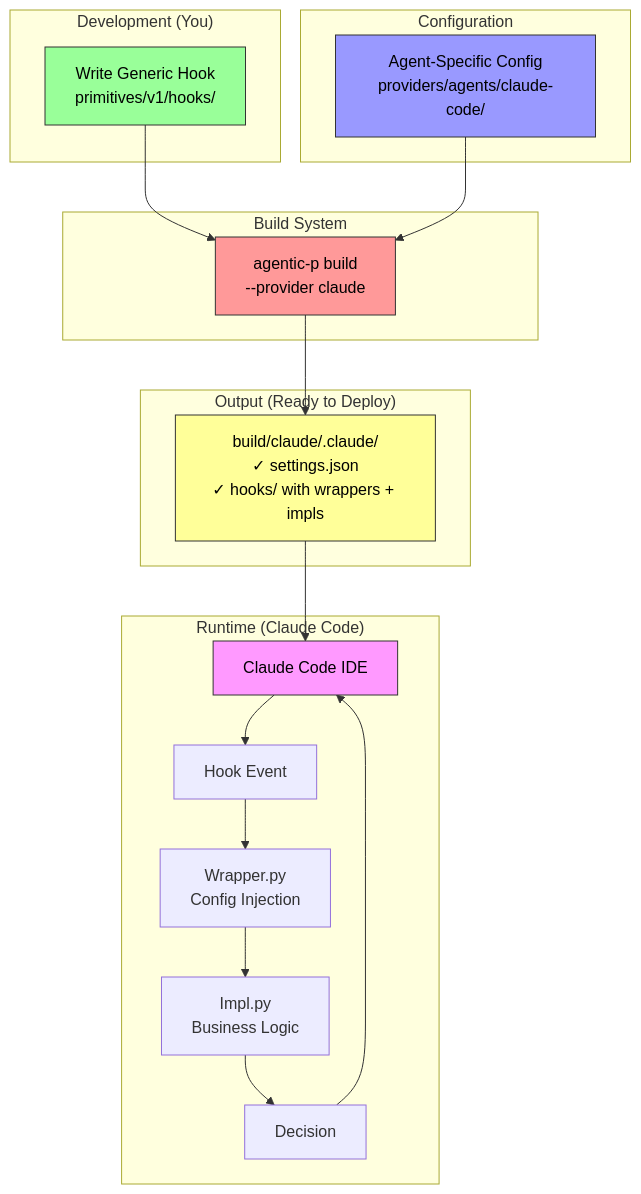
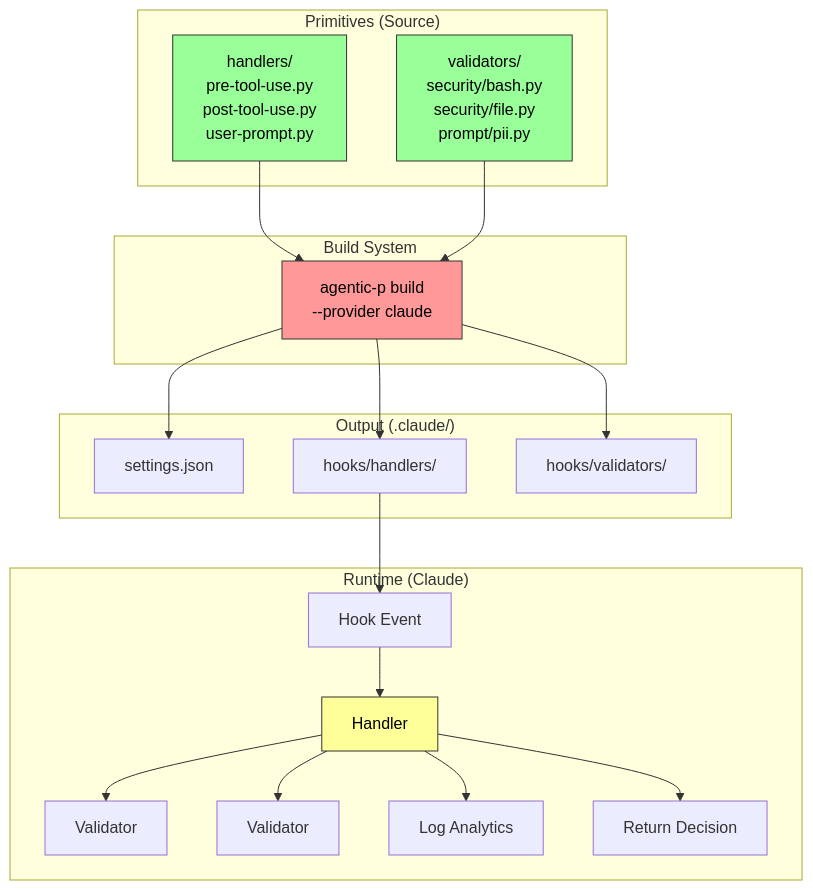
Before and after one commit to AgentParadise/agentic-primitives: the first of 3 diagrams in docs/architecture/hooks-system-overview.md, drawn with Mermaid. The commit also changed other lines of this file and 71 other files, not shown here.

First line of the commit message:
refactor(hooks)!: atomic hook architecture with handlers and validators

````diff
--- a/docs/architecture/hooks-system-overview.md
+++ b/docs/architecture/hooks-system-overview.md
@@ -7,43 +7,37 @@
 ```mermaid
 graph TB
-    subgraph "Development (You)"
-        Dev[Write Generic Hook<br/>primitives/v1/hooks/]
-    end
-    
-    subgraph "Configuration"
-        AgentConfig[Agent-Specific Config<br/>providers/agents/claude-code/]
+    subgraph "Primitives (Source)"
+        Handlers[handlers/<br/>pre-tool-use.py<br/>post-tool-use.py<br/>user-prompt.py]
+        Validators[validators/<br/>security/bash.py<br/>security/file.py<br/>prompt/pii.py]
     end
     
     subgraph "Build System"
         Build[agentic-p build<br/>--provider claude]
     end
     
-    subgraph "Output (Ready to Deploy)"
-        Output[build/claude/.claude/<br/>✓ settings.json<br/>✓ hooks/ with wrappers + impls]
+    subgraph "Output (.claude/)"
+        Settings[settings.json]
+        OutHandlers[hooks/handlers/]
+        OutValidators[hooks/validators/]
     end
     
-    subgraph "Runtime (Claude Code)"
-        Claude[Claude Code IDE]
-        Event[Hook Event]
-        Wrapper[Wrapper.py<br/>Config Injection]
-        Impl[Impl.py<br/>Business Logic]
-        Result[Decision]
+    subgraph "Runtime (Claude)"
+        Event[Hook Event] --> Handler[Handler]
+        Handler --> Validator1[Validator]
+        Handler --> Validator2[Validator]
+        Handler --> Analytics[Log Analytics]
+        Handler --> Decision[Return Decision]
     end
     
-    Dev --> Build
-    AgentConfig --> Build
-    Build --> Output
-    Output --> Claude
+    Handlers --> Build
+    Validators --> Build
+    Build --> Settings
+    Build --> OutHandlers
+    Build --> OutValidators
+    OutHandlers --> Event
     
-    Claude --> Event
-    Event --> Wrapper
-    Wrapper --> Impl
-    Impl --> Result
-    Result --> Claude
-    
-    style Dev fill:#9f9,stroke:#333,color:#000
-    style AgentConfig fill:#99f,stroke:#333,color:#000
+    style Handlers fill:#9f9,stroke:#333,color:#000
+    style Validators fill:#9f9,stroke:#333,color:#000
     style Build fill:#f99,stroke:#333,color:#000
-    style Output fill:#ff9,stroke:#333,color:#000
-    style Claude fill:#f9f,stroke:#333,color:#000
+    style Handler fill:#ff9,stroke:#333,color:#000
 ```
````
